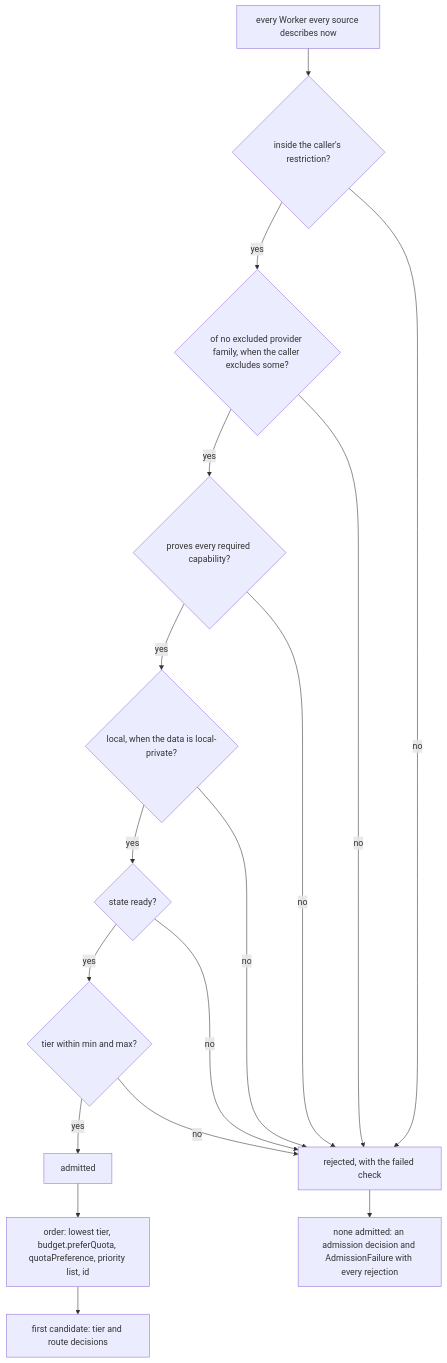
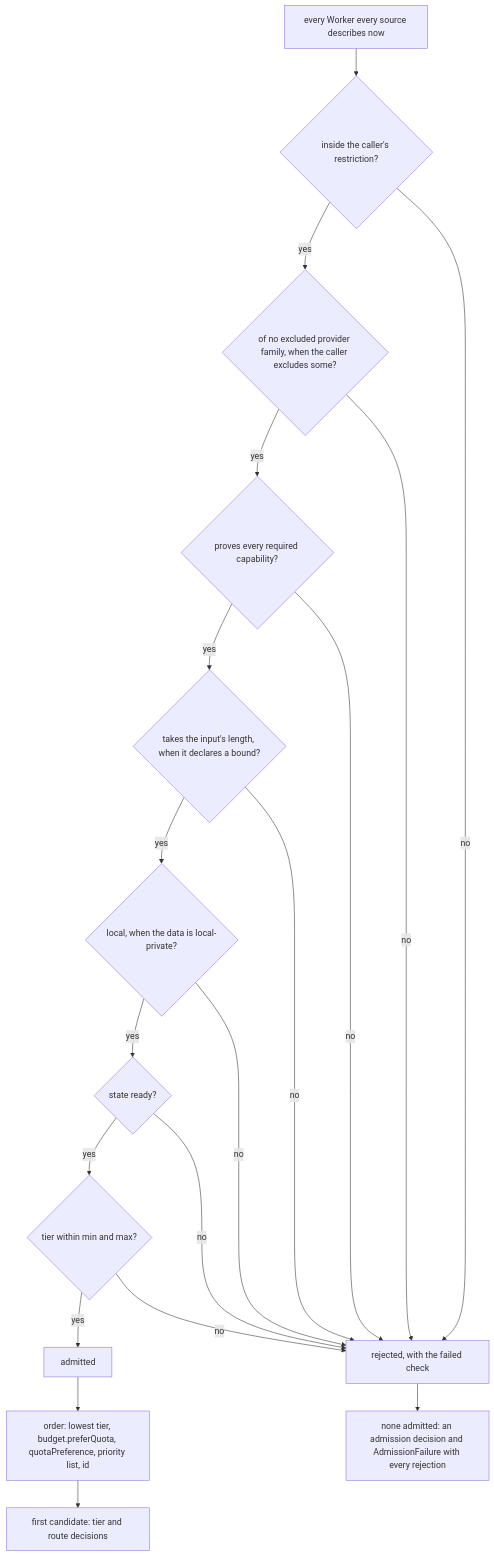
One commit to tsuuanmi/system changed the diagram in docs/design/routing.md. Above: the diagram before and after it, drawn with Mermaid. The commit also changed other lines of this file and 24 other files, not shown here.

First line of the commit message:
routing: a Worker declares the longest input it takes, and admission refuses longer input (ADR-0032)

````diff
--- a/docs/design/routing.md
+++ b/docs/design/routing.md
@@ -66,19 +66,21 @@
 ```mermaid
 flowchart TD
   A[every Worker every source describes now] --> B{inside the caller's restriction?}
   B -->|yes| X{"of no excluded provider family, when the caller excludes some?"}
   X -->|yes| C{proves every required capability?}
-  C -->|yes| D{local, when the data is local-private?}
+  C -->|yes| L{"takes the input's length, when it declares a bound?"}
+  L -->|yes| D{local, when the data is local-private?}
   D -->|yes| E{state ready?}
   E -->|yes| F{tier within min and max?}
   F -->|yes| G[admitted]
   B -->|no| R[rejected, with the failed check]
   X -->|no| R
   C -->|no| R
+  L -->|no| R
   D -->|no| R
   E -->|no| R
   F -->|no| R
   G --> H["order: lowest tier, budget.preferQuota, quotaPreference, priority list, id"]
   H --> I[first candidate: tier and route decisions]
   R --> J[none admitted: an admission decision and AdmissionFailure with every rejection]
 ```
````
